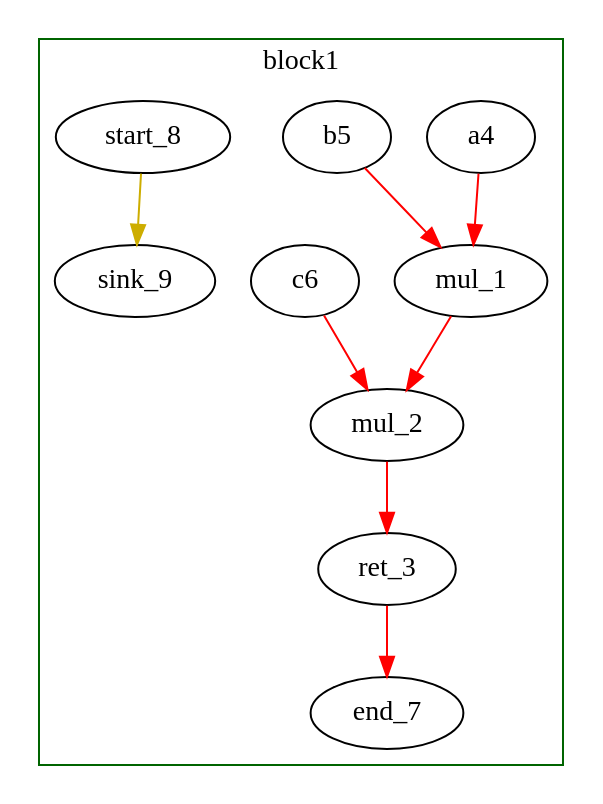
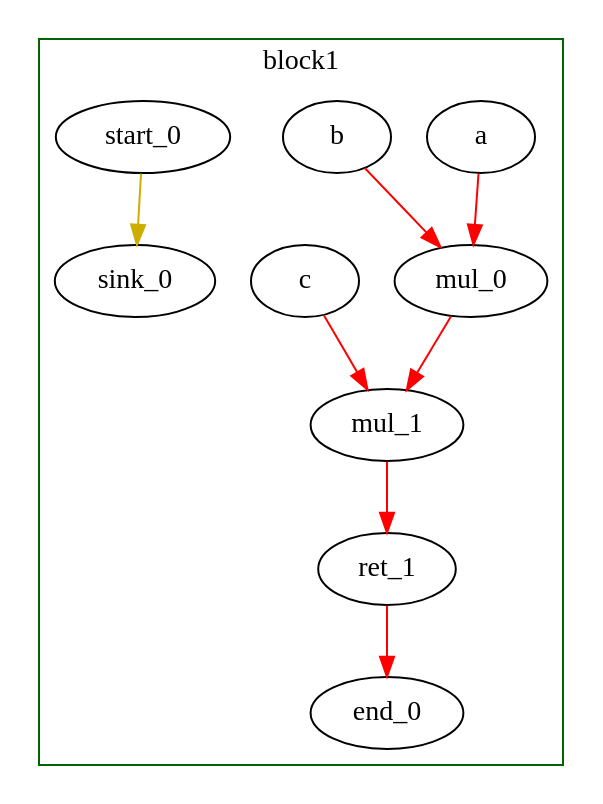
Before and after one commit to JuliaEmbedded/DynamicScheduling.jl: the diagram in build/mul_sim/MANUAL_COPY_mul_graph.dot, drawn with Graphviz. The commit also changed 1 other file, not shown here.

```diff
--- a/build/mul_sim/MANUAL_COPY_mul_graph.dot
+++ b/build/mul_sim/MANUAL_COPY_mul_graph.dot
@@ -1,24 +1,24 @@
 Digraph G {
     splines=spline;
 //DHLS version: 0.1.1" [shape = "none" pos = "20,20!"]
+        "mul_0" [type = "Operator", bbID = 1, op = "mul_op", in = "in1:32 in2:32", out = "out1:32", delay = 0.0, latency = 4, II = 1];
         "mul_1" [type = "Operator", bbID = 1, op = "mul_op", in = "in1:32 in2:32", out = "out1:32", delay = 0.0, latency = 4, II = 1];
-        "mul_2" [type = "Operator", bbID = 1, op = "mul_op", in = "in1:32 in2:32", out = "out1:32", delay = 0.0, latency = 4, II = 1];
-        "ret_3" [type = "Operator", bbID = 1, op = "ret_op", in = "in1:32", out = "out1:32", delay = 0.0, latency = 0, II = 1];
-        "a4" [type = "Entry", bbID = 1, in = "in1:32", out = "out1:32"];
-        "b5" [type = "Entry", bbID = 1, in = "in1:32", out = "out1:32"];
-        "c6" [type = "Entry", bbID = 1, in = "in1:32", out = "out1:32"];
-        "end_7" [type = "Exit", bbID = 0, in = "in1:32 ", out = "out1:32"];
-        "start_8" [type = "Entry", control = "true", bbID = 1, in = "in1:0", out = "out1:0"];
-        "sink_9" [type = "Sink", bbID = 0, in = "in1:0"];
+        "ret_1" [type = "Operator", bbID = 1, op = "ret_op", in = "in1:32", out = "out1:32", delay = 0.0, latency = 0, II = 1];
+        "a" [type = "Entry", bbID = 1, in = "in1:32", out = "out1:32"];
+        "b" [type = "Entry", bbID = 1, in = "in1:32", out = "out1:32"];
+        "c" [type = "Entry", bbID = 1, in = "in1:32", out = "out1:32"];
+        "end_0" [type = "Exit", bbID = 0, in = "in1:32 ", out = "out1:32"];
+        "start_0" [type = "Entry", control = "true", bbID = 1, in = "in1:0", out = "out1:0"];
+        "sink_0" [type = "Sink", bbID = 0, in = "in1:0"];
     subgraph cluster_0 {
     color = "darkgreen";
         label = "block1";
-        "mul_1" -> "mul_2" [color = "red", from = "out1", to = "in1"];
-        "mul_2" -> "ret_3" [color = "red", from = "out1", to = "in1"];
-        "ret_3" -> "end_7" [color = "red", from = "out1", to = "in1"];
-        "a4" -> "mul_1" [color = "red", from = "out1", to = "in1"];
-        "b5" -> "mul_1" [color = "red", from = "out1", to = "in2"];
-        "c6" -> "mul_2" [color = "red", from = "out1", to = "in2"];
-        "start_8" -> "sink_9" [color = "gold3", from = "out1", to = "in1"];
+        "mul_0" -> "mul_1" [color = "red", from = "out1", to = "in1"];
+        "mul_1" -> "ret_1" [color = "red", from = "out1", to = "in1"];
+        "ret_1" -> "end_0" [color = "red", from = "out1", to = "in1"];
+        "a" -> "mul_0" [color = "red", from = "out1", to = "in1"];
+        "b" -> "mul_0" [color = "red", from = "out1", to = "in2"];
+        "c" -> "mul_1" [color = "red", from = "out1", to = "in2"];
+        "start_0" -> "sink_0" [color = "gold3", from = "out1", to = "in1"];
     }
 }
```
